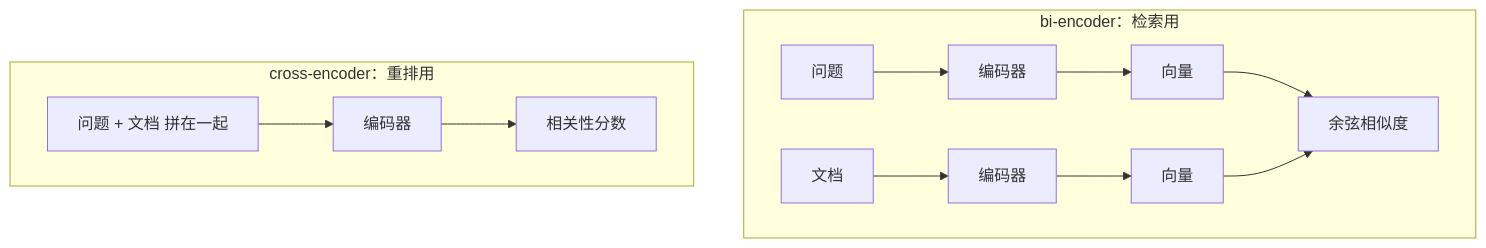
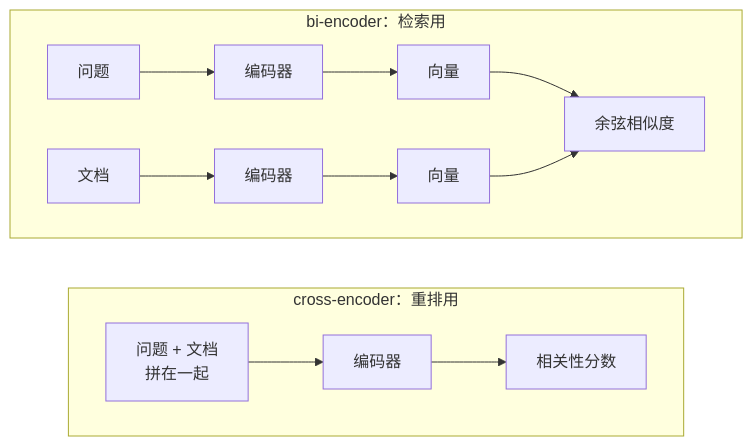
One commit to jarvis-pro/hatch-shelf changed the first of 2 diagrams in books/rag-systems/06-reranking.md. Above: the diagram before and after it, drawn with Mermaid. The commit also changed other lines of this file and 432 other files, not shown here.

````diff
--- a/books/rag-systems/06-reranking.md
+++ b/books/rag-systems/06-reranking.md
@@ -11,12 +11,13 @@
 ```mermaid
 flowchart TB
   subgraph bi["bi-encoder：检索用"]
     Q1[问题] --> E1[编码器] --> V1[向量]
     D1[文档] --> E2[编码器] --> V2[向量]
     V1 --> S1[余弦相似度]
     V2 --> S1
   end
   subgraph cross["cross-encoder：重排用"]
-    Q2["问题 + 文档 拼在一起"] --> E3[编码器] --> S2[相关性分数]
+    Q2["问题 + 文档<br/>拼在一起"] --> E3[编码器] --> S2[相关性分数]
   end
+  bi ~~~ cross
 ```
````
